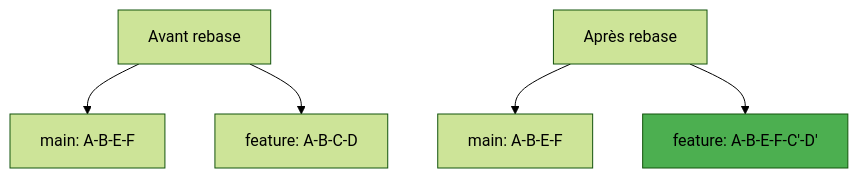
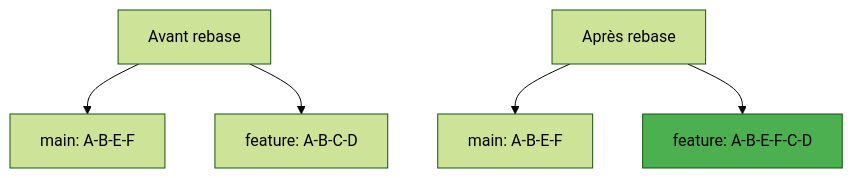
Diagram 13 of 50 in plus-de-git.md (formationrossignol/tp-cicd), drawn with Mermaid (forest theme) before and after one commit. The commit also changed other lines of this file, not shown here.

````diff
--- a/plus-de-git.md
+++ b/plus-de-git.md
@@ -136,8 +149,8 @@
 ```mermaid
 flowchart TD
     A[Avant rebase] --> B[main: A-B-E-F]
     A --> C[feature: A-B-C-D]
     D[Après rebase] --> E[main: A-B-E-F]
-    D --> F[feature: A-B-E-F-C'-D']
+    D --> F[feature: A-B-E-F-C-D]
     style F fill:#4caf50
 ```
````
